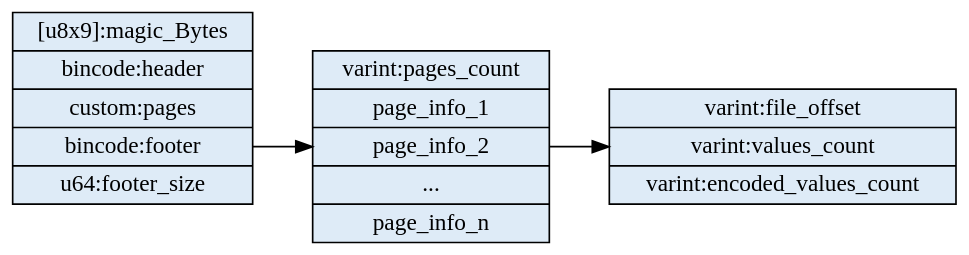
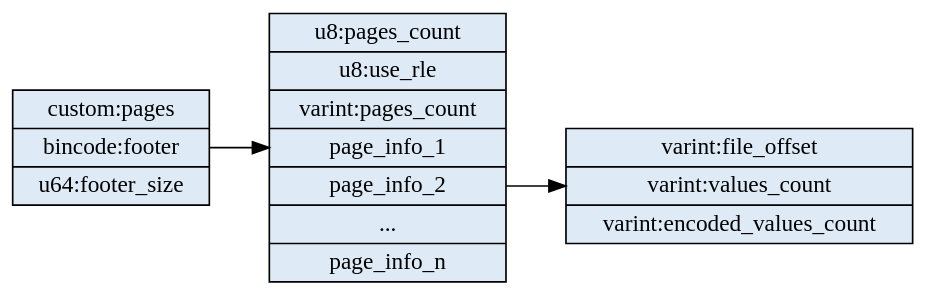
Before and after one commit to wmedrano/wills-columnar-format: the fifth of 7 diagrams in wills-columnar-format.org, drawn with Graphviz. The commit also changed other lines of this file and 7 other files, not shown here.

```diff
--- a/wills-columnar-format.org
+++ b/wills-columnar-format.org
@@ -692,12 +728,12 @@
 #+BEGIN_SRC dot :file images/format-diagram-footer.png :exports results
   digraph Footer {
       bgcolor="transparent";
       node[colorscheme=blues3, fillcolor=1, color=black, style=filled, shape=record, fontname="fira code"];
       rankdir="LR";
-      overview[label="[u8x9]:magic_Bytes|bincode:header|<pages>custom:pages|<footer>bincode:footer|u64:footer_size"];
-      footer[label="varint:pages_count|page_info_1|<page_info_2>page_info_2|...|page_info_n"];
+      overview[label="<pages>custom:pages|<footer>bincode:footer|u64:footer_size"];
+      footer[label="u8:pages_count|u8:use_rle|varint:pages_count|page_info_1|<page_info_2>page_info_2|...|page_info_n"];
       page_info[label="varint:file_offset|varint:values_count|varint:encoded_values_count"];
       overview:footer -> footer;
       footer:page_info_2 -> page_info;
   }
 #+END_SRC
```
